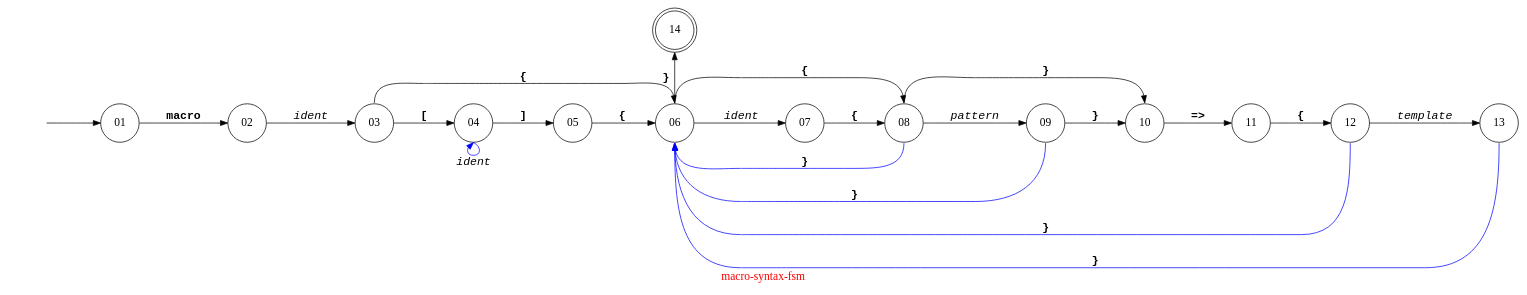
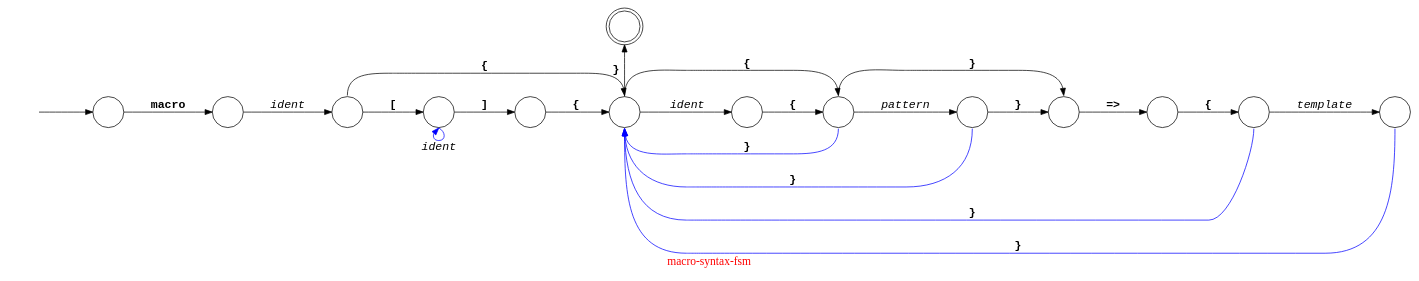
Before and after one commit to Ayyzee/dakota: the diagram in src/macro-system-parser/macro-syntax-fsm.dot, drawn with Graphviz.

Commit message:
Remove unrequired weight attributes on back edges.

```diff
--- a/src/macro-system-parser/macro-syntax-fsm.dot
+++ b/src/macro-system-parser/macro-syntax-fsm.dot
@@ -1,59 +1,59 @@
 // Copyright (C) 2007 - 2015 Robert Nielsen <robert@dakota.org>
 //
 // Licensed under the Apache License, Version 2.0 (the "License");
 // you may not use this file except in compliance with the License.
 // You may obtain a copy of the License at
 //
 //      http://www.apache.org/licenses/LICENSE-2.0
 //
 // Unless required by applicable law or agreed to in writing, software
 // distributed under the License is distributed on an "AS IS" BASIS,
 // WITHOUT WARRANTIES OR CONDITIONS OF ANY KIND, either express or implied.
 // See the License for the specific language governing permissions and
 // limitations under the License.
 
 digraph "macro-syntax-fsm"
 {
   graph [ label = "\G", fontcolor = red, fontsize = 16 ];
   graph [ rankdir = "LR",
           center = true,
           //size = "7.5,10",
           //page = "8.5,11",
           ];
 
-  node [ shape = circle, width = 0.5, fontsize = 16 ];
-  //node [ label = "" ]; // comment out this line if you want the node names displayed
+  node [ shape = circle, width = 0.6, fontsize = 16 ];
+  node [ label = "" ]; // comment out this line if you want the node names displayed
 
-  edge [ fontname = "Courier-Bold", minlen = 2, fontsize = 16 ];
+  edge [ fontname = "Courier-Bold", minlen = 2.0, fontsize = 16 ];
 
   00 [ style = invis ];
   14 [ shape = doublecircle ];
 
   00 -> 01;
   01 -> 02 [ label = "macro" ];
   02 -> 03 [ label = "ident", fontname = "Courier-Oblique" ];
   03 -> 04 [ label = "[", weight = 5.0 ];
   03 -> 06 [ label = "{", tailport = n, headport = n ];
   04 -> 04 [ label = "ident", fontname = "Courier-Oblique" tailport = s, headport = s, dir = back, color = blue ];
   04 -> 05 [ label = "]", weight = 5.0 ];
   05 -> 06 [ label = "{", weight = 5.0 ];
 
   06 -> 07 [ label = "ident", weight = 5.0, fontname = "Courier-Oblique" ];
   06 -> 08 [ label = "{", tailport = n, headport = n ];
   07 -> 08 [ label = "{", weight = 5.0 ];
-  08 -> 06 [ label = "}", weight = 1.0, headport = s, tailport = s, color = blue ]; // back
+  08 -> 06 [ label = "}", headport = s, tailport = s, color = blue ]; // back
   
   08 -> 09 [ label = "pattern", weight = 5.0, fontname = "Courier-Oblique" ];
   08 -> 10 [ label = "}", tailport = n, headport = n ];
-  09 -> 06 [ label = "}", weight = 1.0, headport = s, tailport = s, color = blue ]; // back
+  09 -> 06 [ label = "}", headport = s, tailport = s, color = blue ]; // back
 
   09 -> 10 [ label = "}", weight = 5.0 ];
   10 -> 11 [ label = "=>", weight = 5.0 ];
   11 -> 12 [ label = "{", weight = 5.0 ];
   12 -> 13 [ label = "template", weight = 5.0, fontname = "Courier-Oblique" ];
-  12 -> 06 [ label = "}", weight = 1.0, headport = s, tailport = s, color = blue ]; // back
-  13 -> 06 [ label = "}", weight = 1.0, headport = s, tailport = s, color = blue ]; // back
+  12 -> 06 [ label = "}", headport = s, tailport = s, color = blue ]; // back
+  13 -> 06 [ label = "}", headport = s, tailport = s, color = blue ]; // back
 
   14 -> 06 [ label = "}", dir = back ]; //tailport = n, headport = s ]; // instead of dir = back
   subgraph { graph [ rank = same ]; 06; 14; }
 }
```
